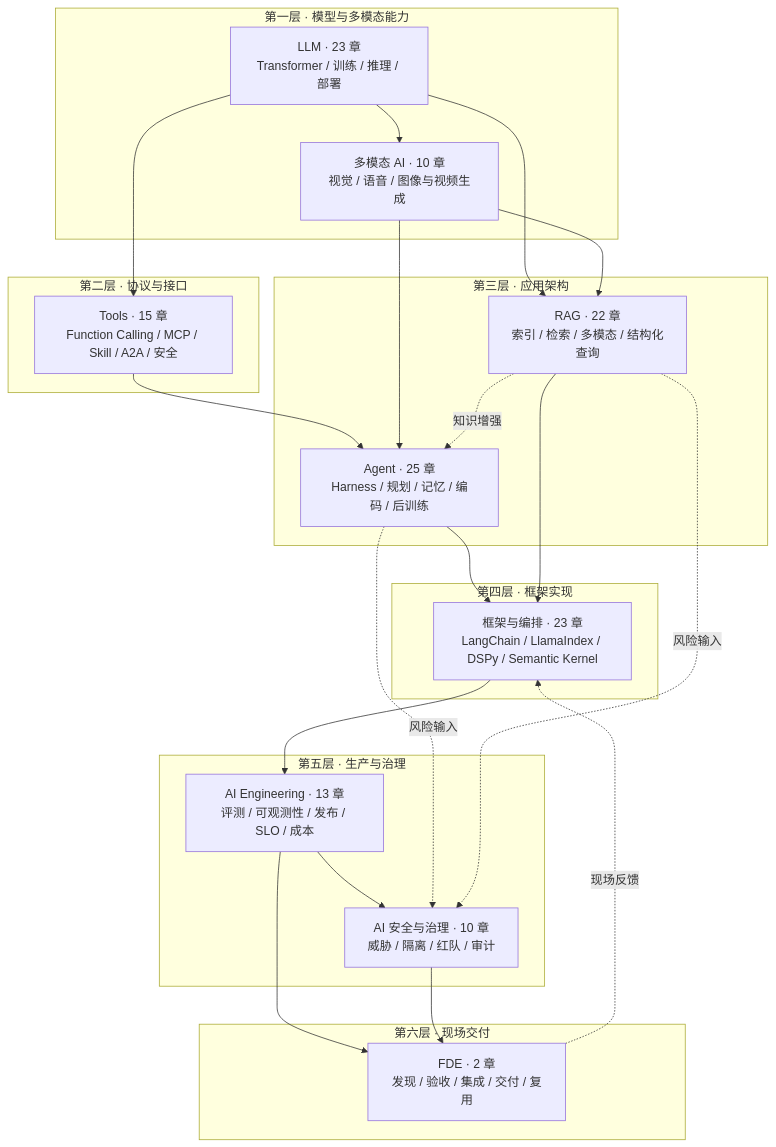
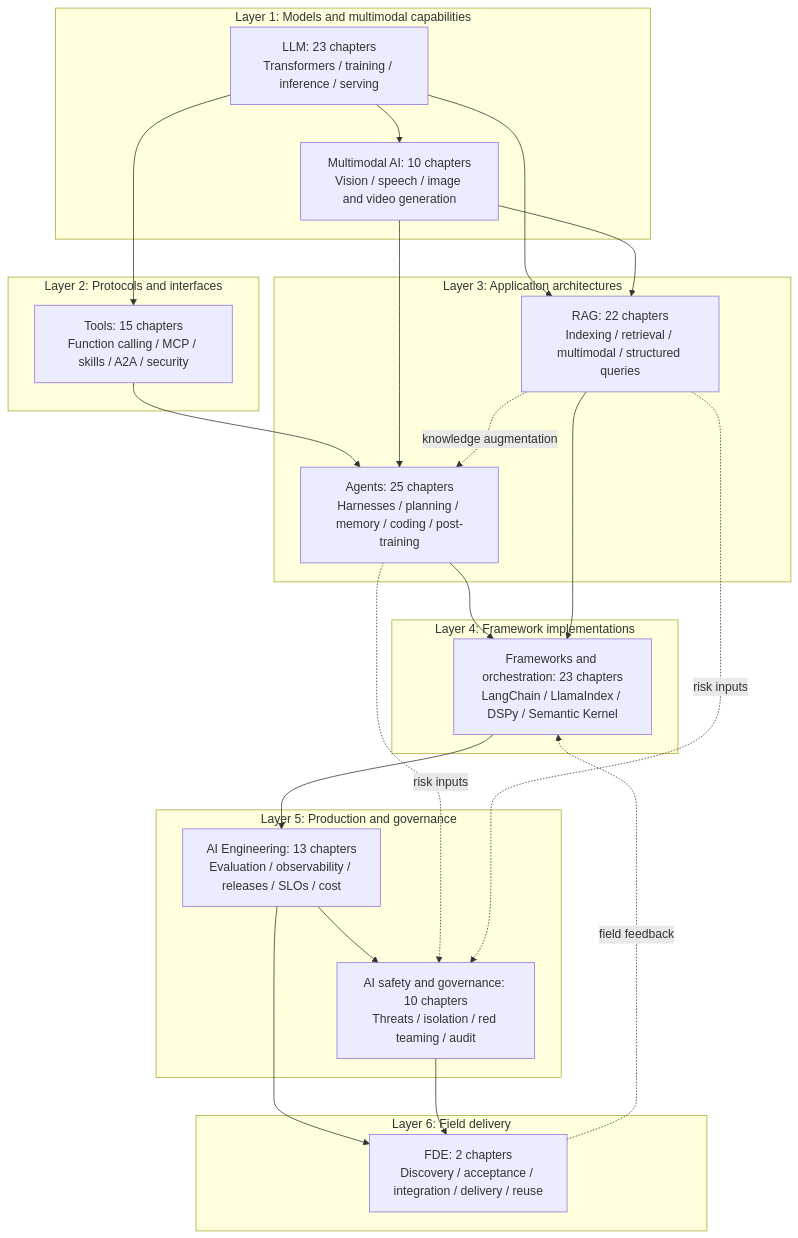
The diagram in README.md (oneleaveknowsthefall/awesome-ai-roadmap), drawn with Mermaid before and after one commit. The commit also changed other lines of this file and 203 other files, not shown here.

````diff
--- a/README.md
+++ b/README.md
@@ -21,46 +23,46 @@
 ```mermaid
 flowchart TB
-    subgraph L1["第一层 · 模型与多模态能力"]
-        LLM["LLM · 23 章<br/>Transformer / 训练 / 推理 / 部署"]
-        MM["多模态 AI · 10 章<br/>视觉 / 语音 / 图像与视频生成"]
+    subgraph L1["Layer 1: Models and multimodal capabilities"]
+        LLM["LLM: 23 chapters<br/>Transformers / training / inference / serving"]
+        MM["Multimodal AI: 10 chapters<br/>Vision / speech / image and video generation"]
     end
 
-    subgraph L2["第二层 · 协议与接口"]
-        TOOLS["Tools · 15 章<br/>Function Calling / MCP / Skill / A2A / 安全"]
+    subgraph L2["Layer 2: Protocols and interfaces"]
+        TOOLS["Tools: 15 chapters<br/>Function calling / MCP / skills / A2A / security"]
     end
 
-    subgraph L3["第三层 · 应用架构"]
-        AGENT["Agent · 25 章<br/>Harness / 规划 / 记忆 / 编码 / 后训练"]
-        RAG["RAG · 22 章<br/>索引 / 检索 / 多模态 / 结构化查询"]
+    subgraph L3["Layer 3: Application architectures"]
+        AGENT["Agents: 25 chapters<br/>Harnesses / planning / memory / coding / post-training"]
+        RAG["RAG: 22 chapters<br/>Indexing / retrieval / multimodal / structured queries"]
     end
 
-    subgraph L4["第四层 · 框架实现"]
-        FW["框架与编排 · 23 章<br/>LangChain / LlamaIndex / DSPy / Semantic Kernel"]
+    subgraph L4["Layer 4: Framework implementations"]
+        FW["Frameworks and orchestration: 23 chapters<br/>LangChain / LlamaIndex / DSPy / Semantic Kernel"]
     end
 
-    subgraph L5["第五层 · 生产与治理"]
-        ENG["AI Engineering · 13 章<br/>评测 / 可观测性 / 发布 / SLO / 成本"]
-        SAFE["AI 安全与治理 · 10 章<br/>威胁 / 隔离 / 红队 / 审计"]
+    subgraph L5["Layer 5: Production and governance"]
+        ENG["AI Engineering: 13 chapters<br/>Evaluation / observability / releases / SLOs / cost"]
+        SAFE["AI safety and governance: 10 chapters<br/>Threats / isolation / red teaming / audit"]
     end
 
-    subgraph L6["第六层 · 现场交付"]
-        FDE["FDE · 2 章<br/>发现 / 验收 / 集成 / 交付 / 复用"]
+    subgraph L6["Layer 6: Field delivery"]
+        FDE["FDE: 2 chapters<br/>Discovery / acceptance / integration / delivery / reuse"]
     end
 
     LLM --> MM
     LLM --> TOOLS
     TOOLS --> AGENT
     LLM --> RAG
     MM --> AGENT
     MM --> RAG
     AGENT --> FW
     RAG --> FW
     FW --> ENG
     ENG --> SAFE
     ENG --> FDE
     SAFE --> FDE
-    FDE -.现场反馈.-> FW
-    AGENT -.风险输入.-> SAFE
-    RAG -.风险输入.-> SAFE
-    RAG -.知识增强.-> AGENT
+    FDE -.field feedback.-> FW
+    AGENT -.risk inputs.-> SAFE
+    RAG -.risk inputs.-> SAFE
+    RAG -.knowledge augmentation.-> AGENT
 ```
````
